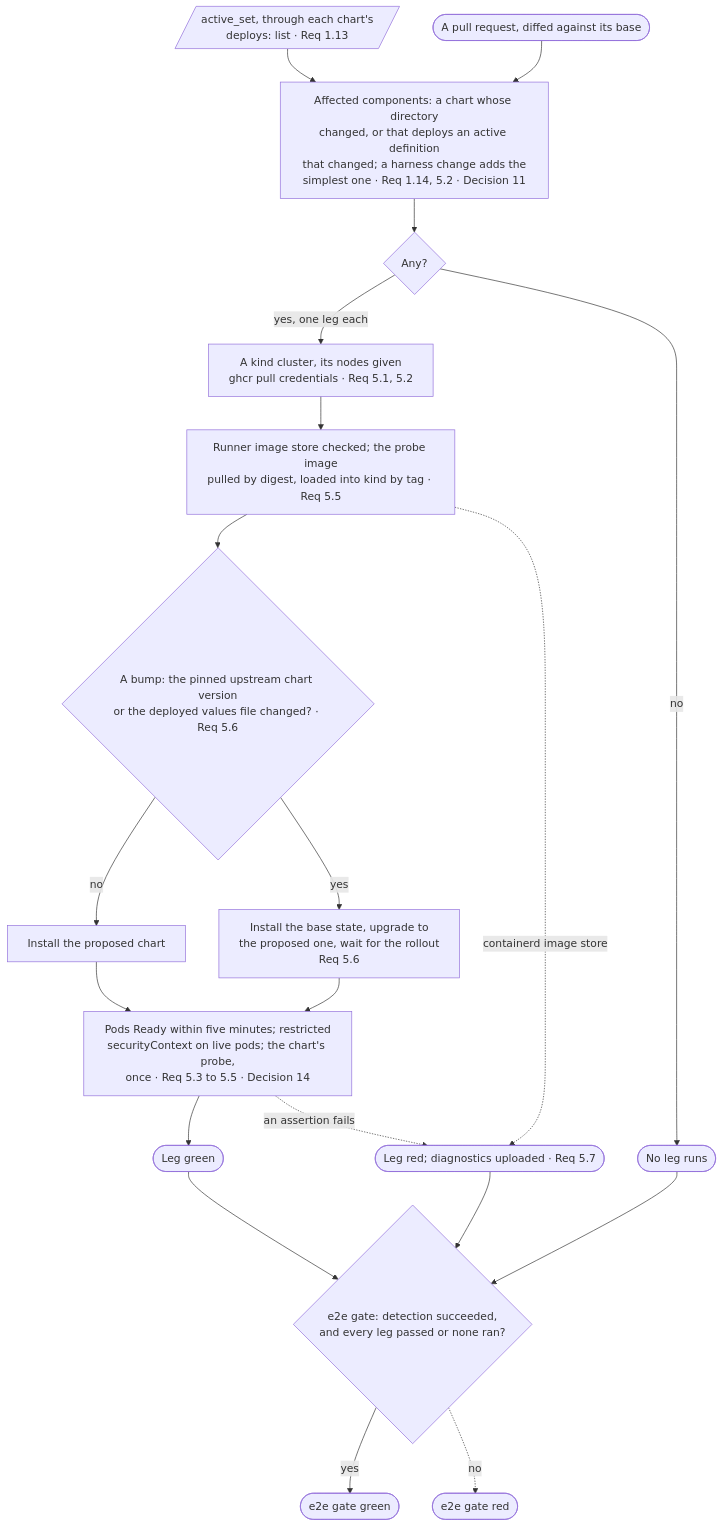
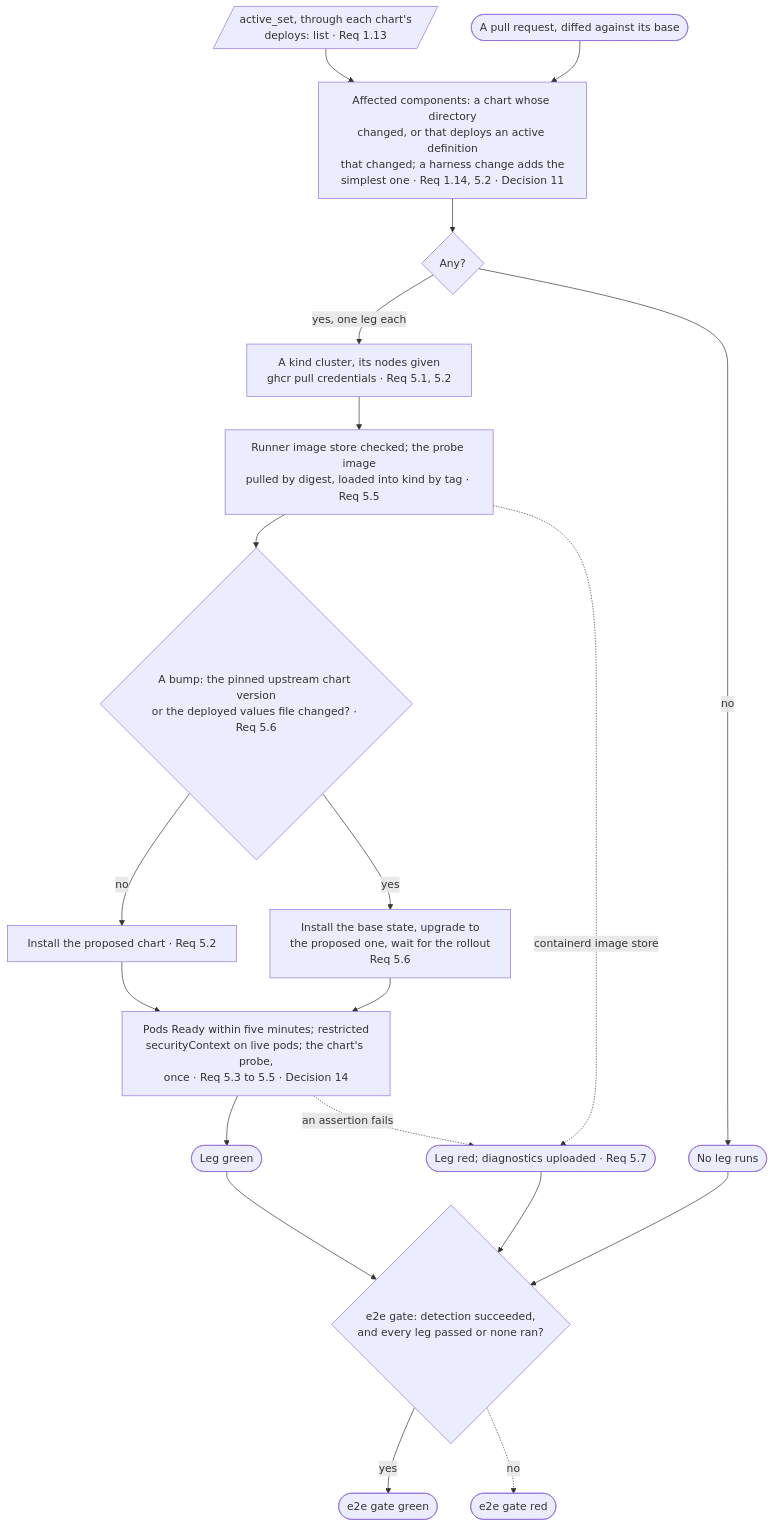
Diagram 12 of 31 in docs/lanes.md (mm-weber/dhc-pipeline), drawn with Mermaid before and after one commit. The commit also changed other lines of this file and 9 other files, not shown here.

````diff
--- a/docs/lanes.md
+++ b/docs/lanes.md
@@ -422,34 +422,34 @@
 ```mermaid
 %%{init: {"flowchart": {"wrappingWidth": 340}}}%%
 flowchart TB
     SET[/"active_set, through each chart's<br/>deploys: list · Req 1.13"/]
     PR(["A pull request, diffed against its base"])
     AF["Affected components: a chart whose directory<br/>changed, or that deploys an active definition<br/>that changed; a harness change adds the<br/>simplest one · Req 1.14, 5.2 · Decision 11"]
     ANY{"Any?"}
     NONE(["No leg runs"])
     KC["A kind cluster, its nodes given<br/>ghcr pull credentials · Req 5.1, 5.2"]
     IS["Runner image store checked; the probe image<br/>pulled by digest, loaded into kind by tag · Req 5.5"]
     UP{"A bump: the pinned upstream chart version<br/>or the deployed values file changed? · Req 5.6"}
-    IN["Install the proposed chart"]
+    IN["Install the proposed chart · Req 5.2"]
     UG["Install the base state, upgrade to<br/>the proposed one, wait for the rollout<br/>Req 5.6"]
     AS["Pods Ready within five minutes; restricted<br/>securityContext on live pods; the chart's probe,<br/>once · Req 5.3 to 5.5 · Decision 14"]
     OK(["Leg green"])
     DG(["Leg red; diagnostics uploaded · Req 5.7"])
     GATE{"e2e gate: detection succeeded,<br/>and every leg passed or none ran?"}
     GREEN(["e2e gate green"])
     RED(["e2e gate red"])
     SET --> AF
     PR --> AF --> ANY
     ANY -->|no| NONE
     ANY -->|yes, one leg each| KC --> IS --> UP
     UP -->|no| IN --> AS
     UP -->|yes| UG --> AS
     AS --> OK
     AS -.->|an assertion fails| DG
     IS -.->|containerd image store| DG
     OK --> GATE
     DG --> GATE
     NONE --> GATE
     GATE -->|yes| GREEN
     GATE -.->|no| RED
 ```
````
